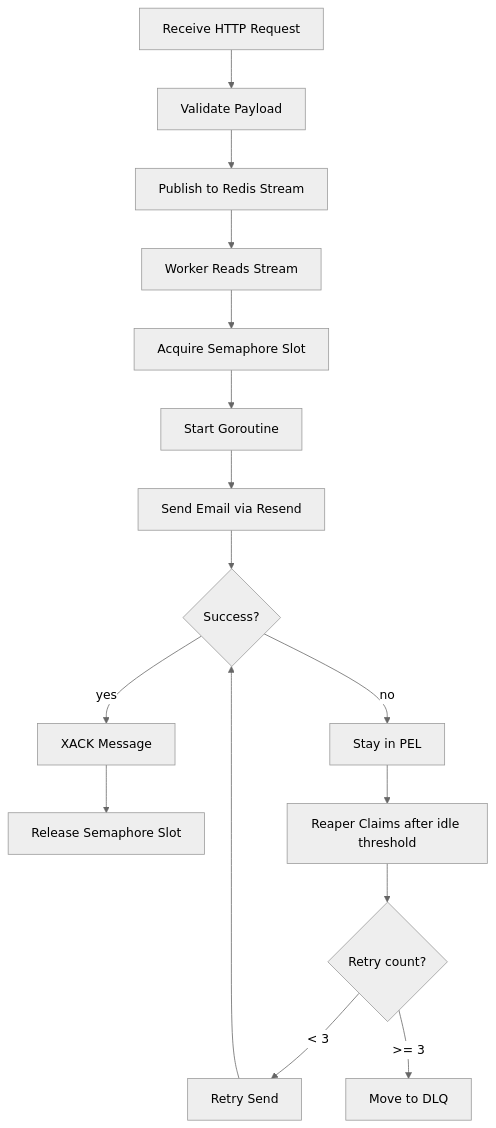
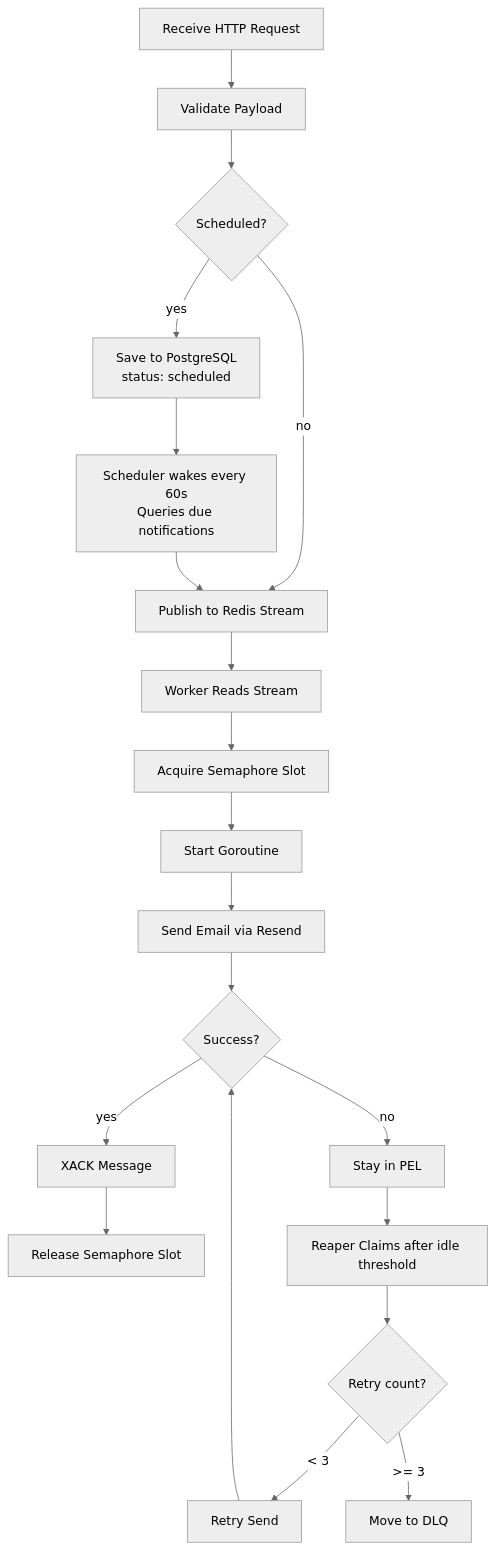
The second of 2 diagrams in README.md (Habeebamoo/intunel-backend), drawn with Mermaid (neutral theme) before and after one commit. The commit also changed other lines of this file, not shown here.

````diff
--- a/README.md
+++ b/README.md
@@ -240,34 +309,41 @@
 ```mermaid
 flowchart TD
     Request["Receive HTTP Request"]
     Validate["Validate Payload"]
+    Scheduled{"Scheduled?"}
+    SaveDB["Save to PostgreSQL\nstatus: scheduled"]
     Publish["Publish to Redis Stream"]
+    Scheduler["Scheduler wakes every 60s\nQueries due notifications"]
     Read["Worker Reads Stream"]
     Semaphore["Acquire Semaphore Slot"]
     Goroutine["Start Goroutine"]
     Send["Send Email via Resend"]
     Success{"Success?"}
     Ack["XACK Message"]
     Release["Release Semaphore Slot"]
     PEL["Stay in PEL"]
     Reaper["Reaper Claims after idle threshold"]
     RetryCount{"Retry count?"}
     Retry["Retry Send"]
     DLQ["Move to DLQ"]
 
     Request --> Validate
-    Validate --> Publish
+    Validate --> Scheduled
+    Scheduled -- "yes" --> SaveDB
+    Scheduled -- "no" --> Publish
+    SaveDB --> Scheduler
+    Scheduler --> Publish
     Publish --> Read
     Read --> Semaphore
     Semaphore --> Goroutine
     Goroutine --> Send
     Send --> Success
     Success -- "yes" --> Ack
     Ack --> Release
     Success -- "no" --> PEL
     PEL --> Reaper
     Reaper --> RetryCount
     RetryCount -- "< 3" --> Retry
     Retry --> Success
     RetryCount -- ">= 3" --> DLQ
 ```
````
